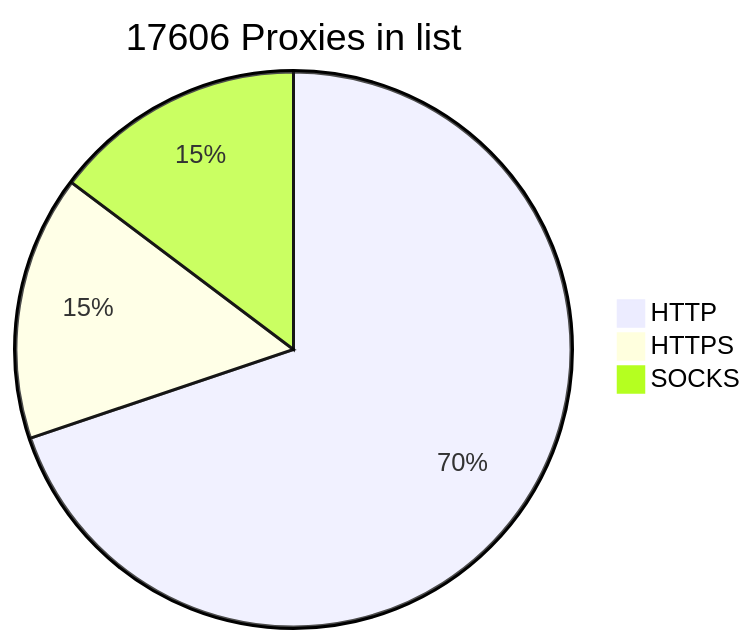
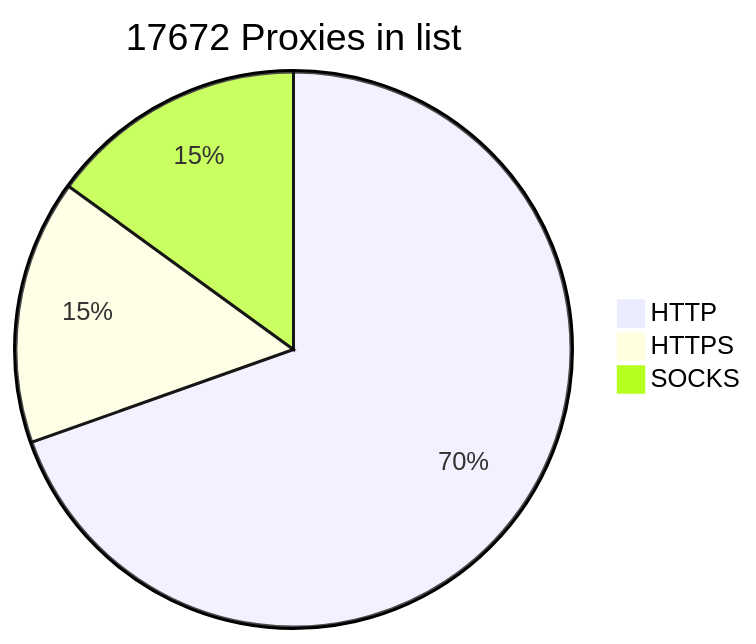
Before and after one commit to BlackSnowDot/proxylist-update-every-minute: the diagram in README.md, drawn with Mermaid.

````diff
--- a/README.md
+++ b/README.md
@@ -2,6 +2,6 @@
 ```mermaid
-pie title 17606 Proxies in list
-    "HTTP" : 13227
-    "HTTPS": 2924
-    "SOCKS" : 2791
+pie title 17672 Proxies in list
+    "HTTP" : 13228
+    "HTTPS": 2931
+    "SOCKS" : 2852
 ```
````
